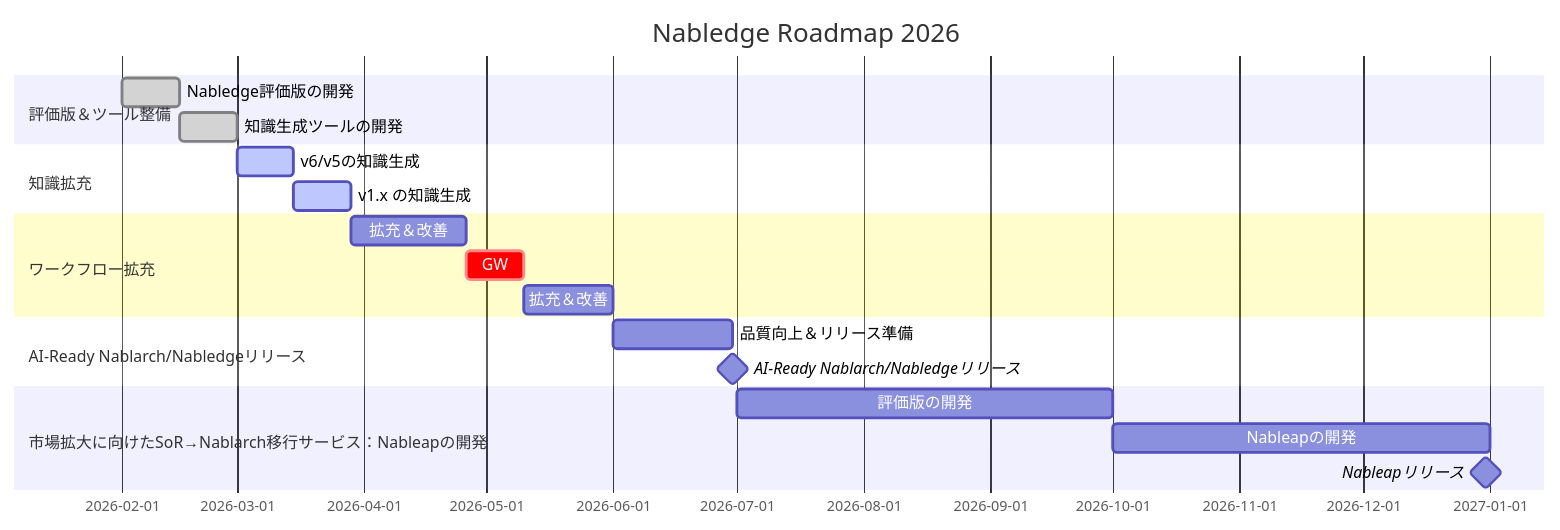
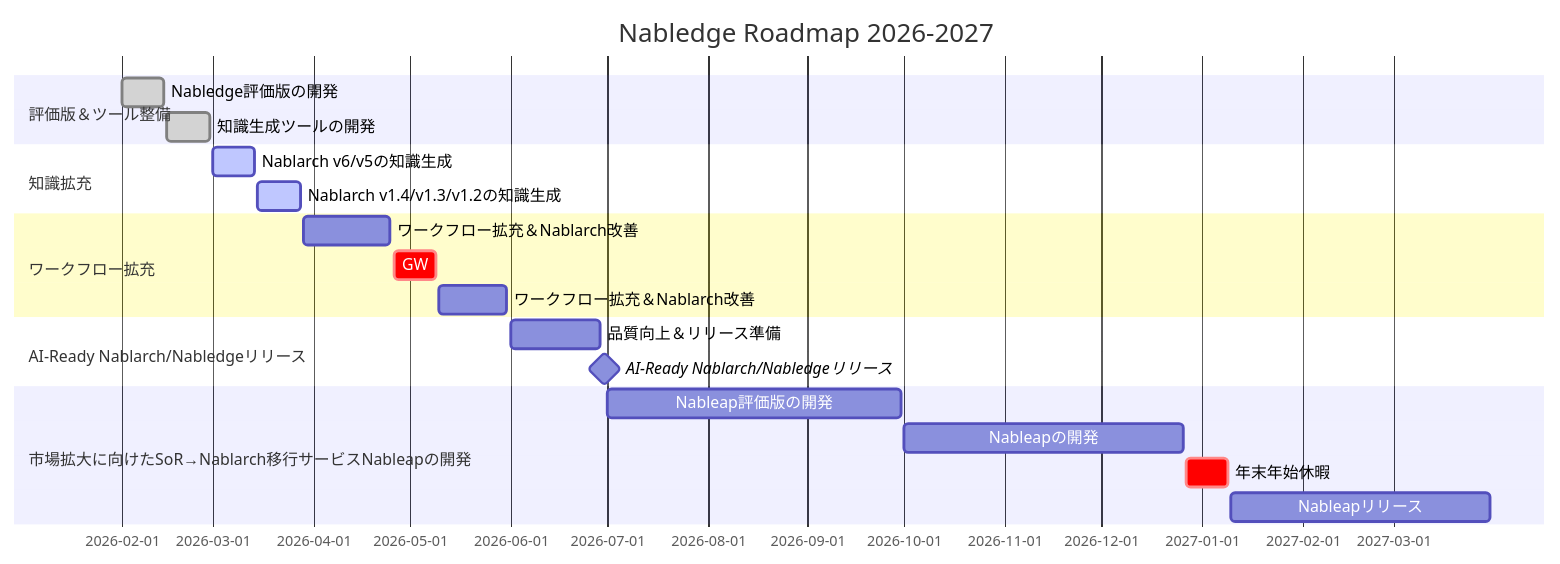
The diagram in doc/development-status.md (nablarch/nabledge-dev), drawn with Mermaid before and after one commit.

Commit message:
Update roadmap with exact dates and extended timeline
Changes:
- Use exact date ranges (start-end) instead of durations
- Extend timeline to 2027 for Nableap release
- Add 年末年始休暇 (Dec 27 - Jan 9)
- Nableapリリース: Jan 10 - Mar 31, 2027
- Match all task names and dates to specification

フェーズ構成:
1. 評価版＆ツール整備 (Feb)
2. 知識拡充 (Mar)
3. ワークフロー拡充 (Mar-May, includes GW)
4. AI-Ready Nablarch/Nabledgeリリース (Jun 30)
5. Nableapの開発 (Jul-Mar 2027, includes 年末年始休暇)

````diff
--- a/doc/development-status.md
+++ b/doc/development-status.md
@@ -19,27 +19,28 @@
 ```mermaid
 gantt
-    title Nabledge Roadmap 2026
+    title Nabledge Roadmap 2026-2027
     dateFormat YYYY-MM-DD
 
     section 評価版＆ツール整備
-    Nabledge評価版の開発      :done, 2026-02-01, 14d
-    知識生成ツールの開発      :done, 2026-02-15, 14d
+    Nabledge評価版の開発             :done, 2026-02-01, 2026-02-14
+    知識生成ツールの開発             :done, 2026-02-15, 2026-02-28
 
     section 知識拡充
-    v6/v5の知識生成          :active, 2026-03-01, 14d
-    v1.x の知識生成          :active, 2026-03-15, 14d
+    Nablarch v6/v5の知識生成        :active, 2026-03-01, 2026-03-14
+    Nablarch v1.4/v1.3/v1.2の知識生成 :active, 2026-03-15, 2026-03-28
 
     section ワークフロー拡充
-    拡充＆改善               :2026-03-29, 28d
-    GW                      :crit, 2026-04-26, 14d
-    拡充＆改善               :2026-05-10, 22d
+    ワークフロー拡充＆Nablarch改善    :2026-03-29, 2026-04-25
+    GW                             :crit, 2026-04-26, 2026-05-09
+    ワークフロー拡充＆Nablarch改善    :2026-05-10, 2026-05-31
 
     section AI-Ready Nablarch/Nabledgeリリース
-    品質向上＆リリース準備                     :2026-06-01, 29d
-    AI-Ready Nablarch/Nabledgeリリース       :milestone, 2026-06-30, 0d
+    品質向上＆リリース準備                        :2026-06-01, 2026-06-29
+    AI-Ready Nablarch/Nabledgeリリース          :milestone, 2026-06-30, 0d
 
-    section 市場拡大に向けたSoR→Nablarch移行サービス：Nableapの開発
-    評価版の開発             :2026-07-01, 3M
-    Nableapの開発           :2026-10-01, 3M
-    Nableapリリース          :milestone, 2026-12-31, 0d
+    section 市場拡大に向けたSoR→Nablarch移行サービスNableapの開発
+    Nableap評価版の開発             :2026-07-01, 2026-09-30
+    Nableapの開発                  :2026-10-01, 2026-12-26
+    年末年始休暇                    :crit, 2026-12-27, 2027-01-09
+    Nableapリリース                :2027-01-10, 2027-03-31
 ```
````
